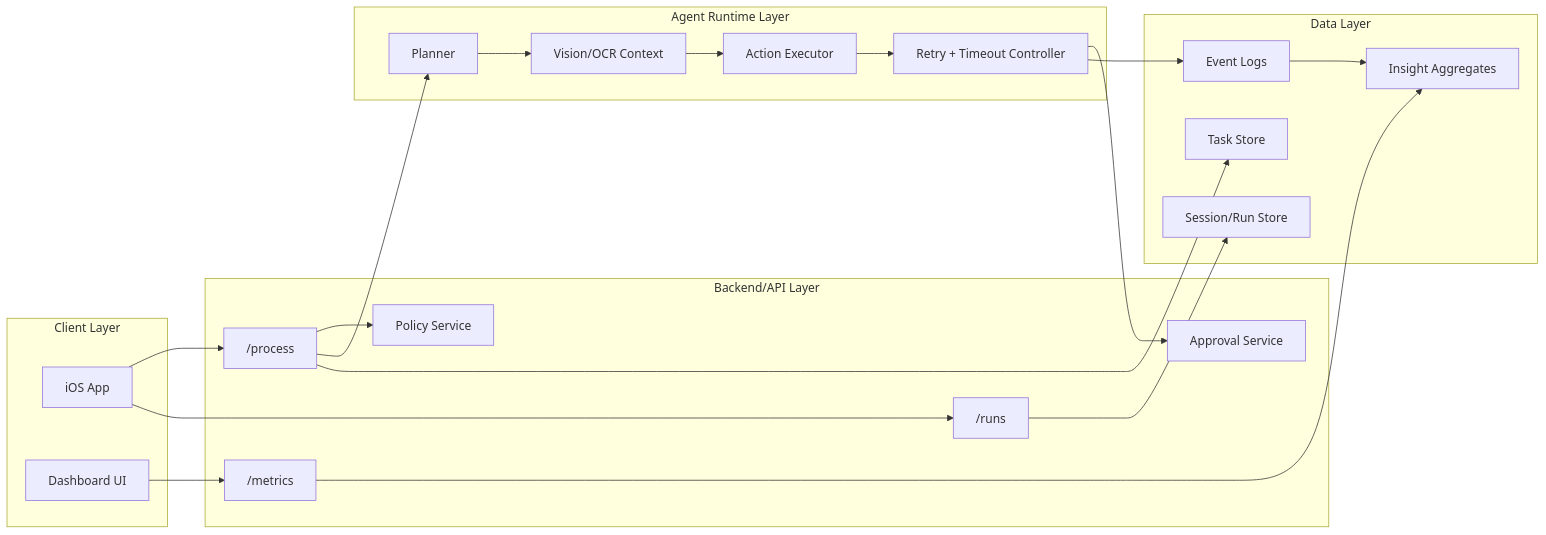
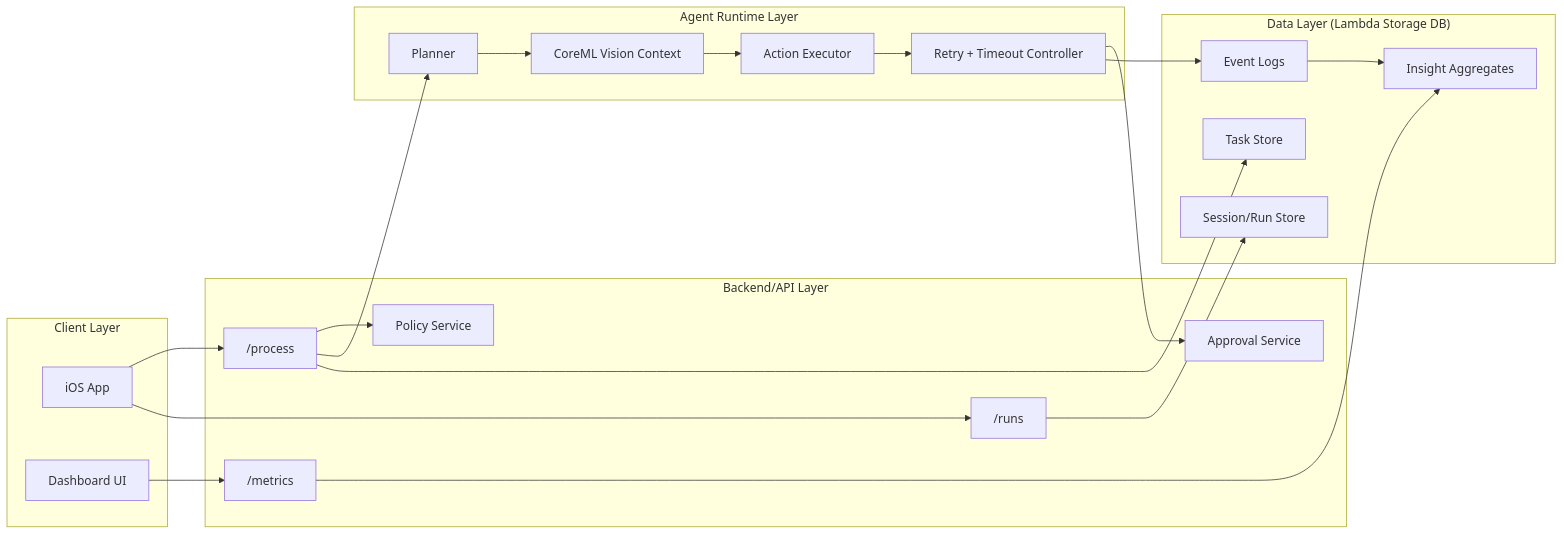
One commit to erinjerri/TimeBite changed the third of 4 diagrams in README.md. Above: the diagram before and after it, drawn with Mermaid. The commit also changed other lines of this file and 8 other files, not shown here.

````diff
--- a/README.md
+++ b/README.md
@@ -63,44 +79,44 @@
 ```mermaid
 flowchart LR
     subgraph Client["Client Layer"]
         C1["iOS App"]
         C2["Dashboard UI"]
     end
 
     subgraph API["Backend/API Layer"]
         A1["/process"]
         A2["/runs"]
         A3["/metrics"]
         A4["Policy Service"]
         A5["Approval Service"]
     end
 
     subgraph Runtime["Agent Runtime Layer"]
         R1["Planner"]
-        R2["Vision/OCR Context"]
+        R2["CoreML Vision Context"]
         R3["Action Executor"]
         R4["Retry + Timeout Controller"]
     end
 
-    subgraph Data["Data Layer"]
+    subgraph Data["Data Layer (Lambda Storage DB)"]
         D1["Task Store"]
         D2["Session/Run Store"]
         D3["Event Logs"]
         D4["Insight Aggregates"]
     end
 
     C1 --> A1
     C1 --> A2
     C2 --> A3
     A1 --> A4
     A1 --> R1
     R1 --> R2
     R2 --> R3
     R3 --> R4
     R4 --> A5
     R4 --> D3
     A2 --> D2
     A3 --> D4
     A1 --> D1
     D3 --> D4
 ```
````
